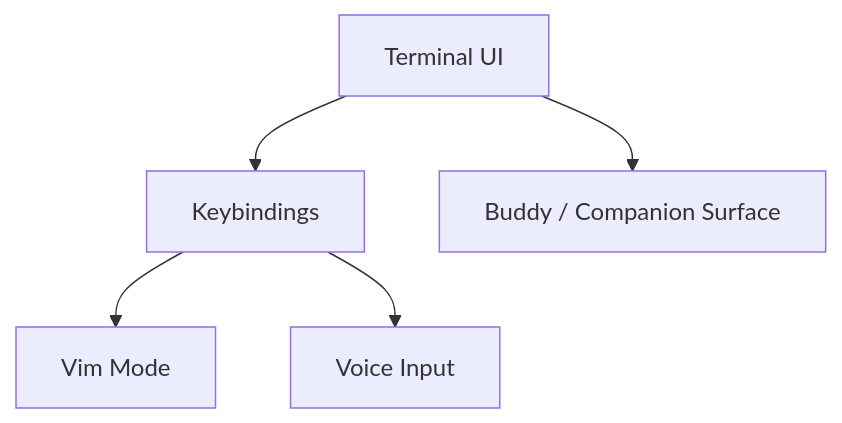
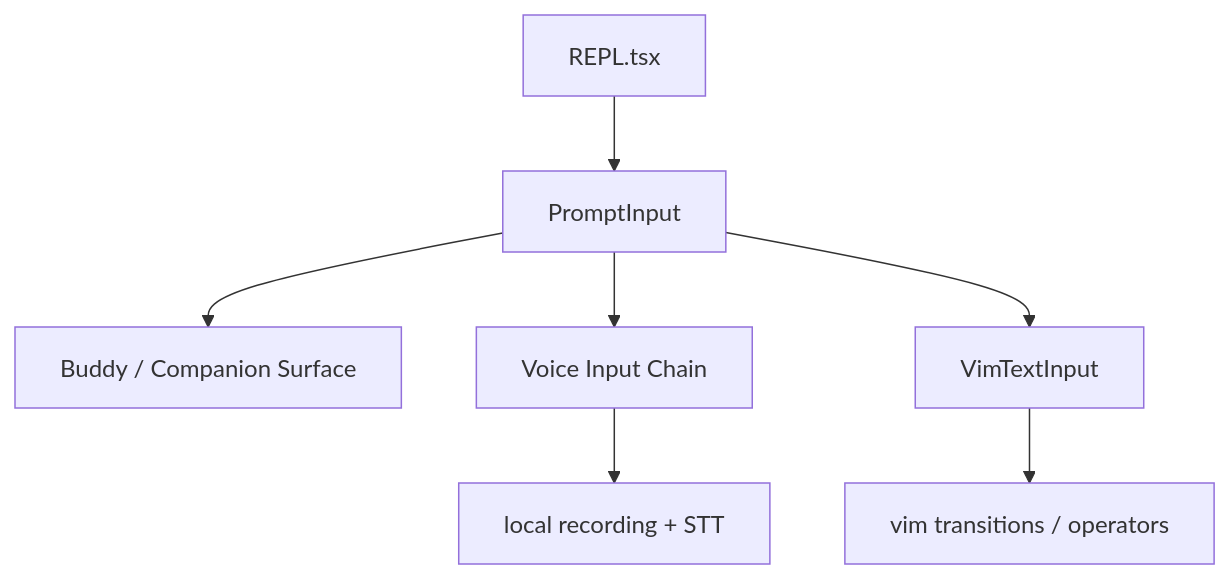
One commit to Boulea7/ClaudeCode-Source-DeepDive changed the diagram in MODULES/04-buddy-voice-vim-and-terminal-ui/SIMPLE/README.en.md. Above: the diagram before and after it, drawn with Mermaid. The commit also changed other lines of this file and 92 other files, not shown here.

````diff
--- a/MODULES/04-buddy-voice-vim-and-terminal-ui/SIMPLE/README.en.md
+++ b/MODULES/04-buddy-voice-vim-and-terminal-ui/SIMPLE/README.en.md
@@ -9,7 +9,9 @@
 ```mermaid
 flowchart TD
-    A[Terminal UI] --> B[Keybindings]
-    B --> C[Vim Mode]
-    B --> D[Voice Input]
-    A --> E[Buddy / Companion Surface]
+    A[REPL.tsx] --> B[PromptInput]
+    B --> C[Buddy / Companion Surface]
+    B --> D[Voice Input Chain]
+    B --> E[VimTextInput]
+    D --> F[local recording + STT]
+    E --> G[vim transitions / operators]
 ```
````
